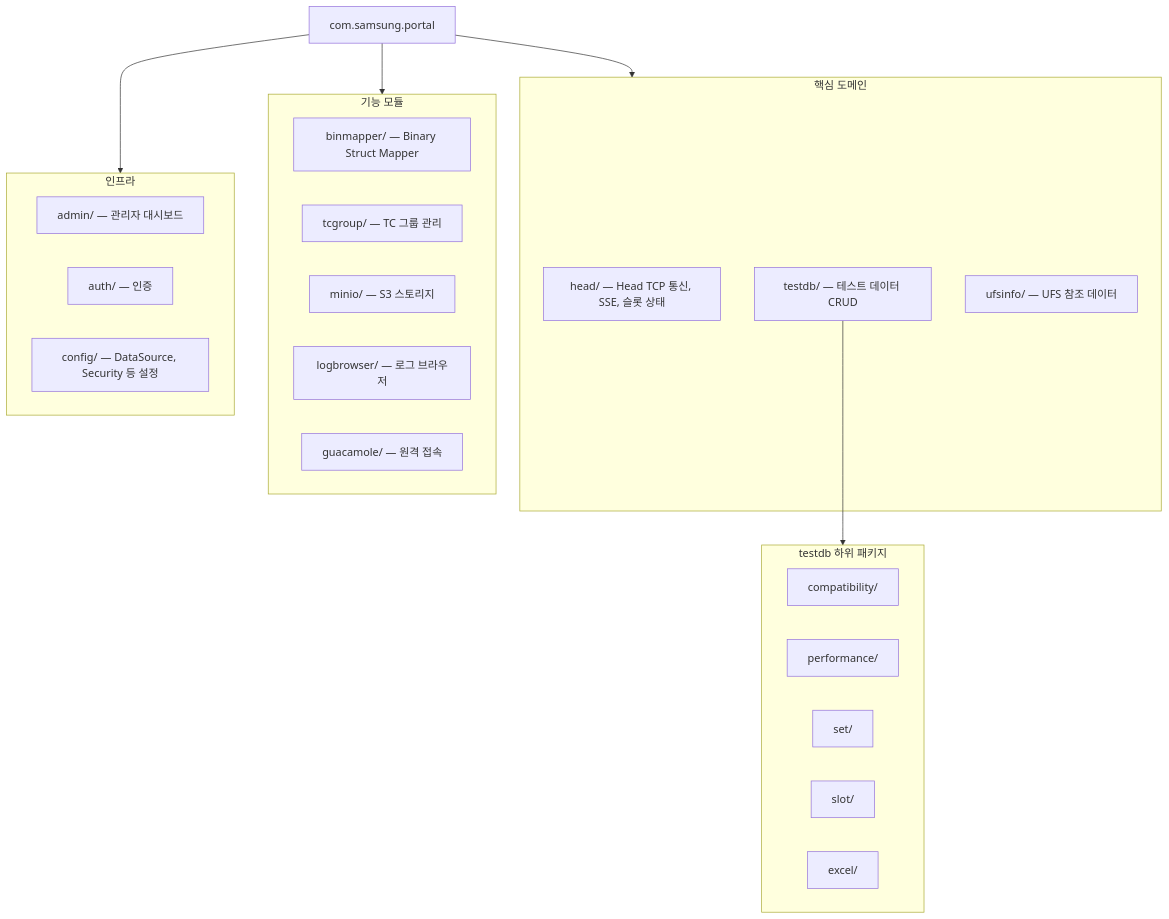
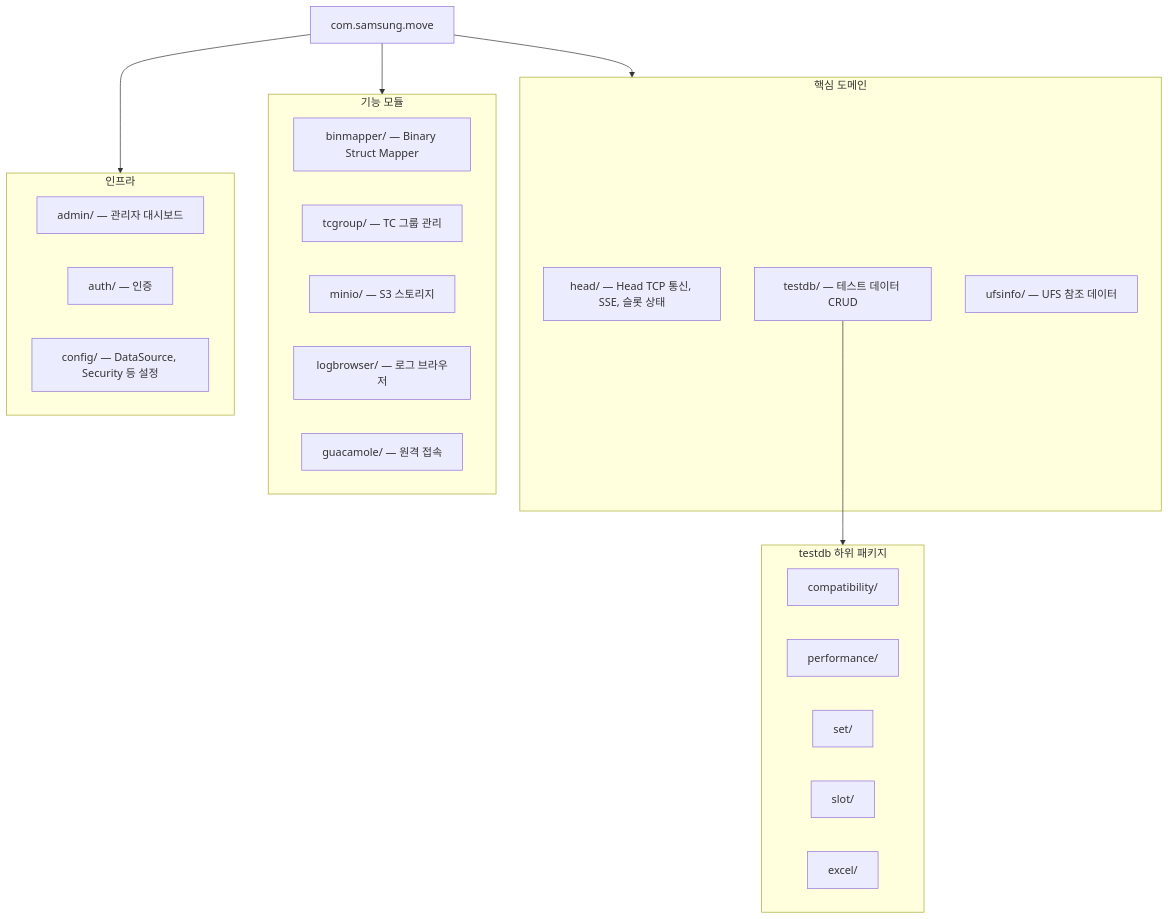
Before and after one commit to kakaromo/kakaromo.github.io: the first of 2 diagrams in src/content/docs/developer/conventions.md, drawn with Mermaid. The commit also changed 11 other files, not shown here.

First line of the commit message:
docs(agent): Agent architecture/guide 최신화 + portal→move 패키지명 일괄 치환

````diff
--- a/src/content/docs/developer/conventions.md
+++ b/src/content/docs/developer/conventions.md
@@ -14,37 +14,37 @@
 ```mermaid
 flowchart TD
-    root["com.samsung.portal"]
+    root["com.samsung.move"]
 
     subgraph core["핵심 도메인"]
         head["head/ — Head TCP 통신, SSE, 슬롯 상태"]
         testdb["testdb/ — 테스트 데이터 CRUD"]
         ufsinfo["ufsinfo/ — UFS 참조 데이터"]
     end
 
     subgraph testdb_sub["testdb 하위 패키지"]
         compatibility["compatibility/"]
         performance["performance/"]
         set["set/"]
         slot["slot/"]
         excel["excel/"]
     end
 
     subgraph features["기능 모듈"]
         binmapper["binmapper/ — Binary Struct Mapper"]
         tcgroup["tcgroup/ — TC 그룹 관리"]
         minio["minio/ — S3 스토리지"]
         logbrowser["logbrowser/ — 로그 브라우저"]
         guacamole["guacamole/ — 원격 접속"]
     end
 
     subgraph infra["인프라"]
         admin["admin/ — 관리자 대시보드"]
         auth["auth/ — 인증"]
         config["config/ — DataSource, Security 등 설정"]
     end
 
     root --> core
     root --> features
     root --> infra
     testdb --> testdb_sub
 ```
````
